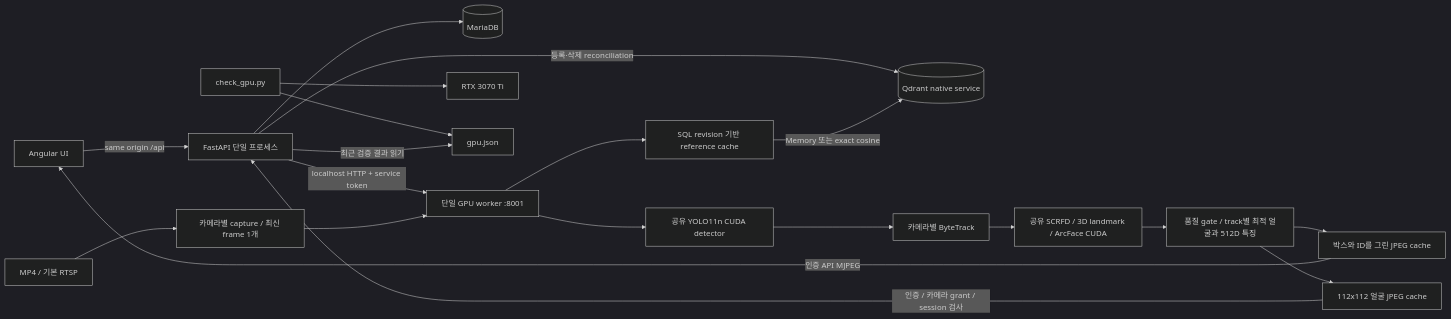
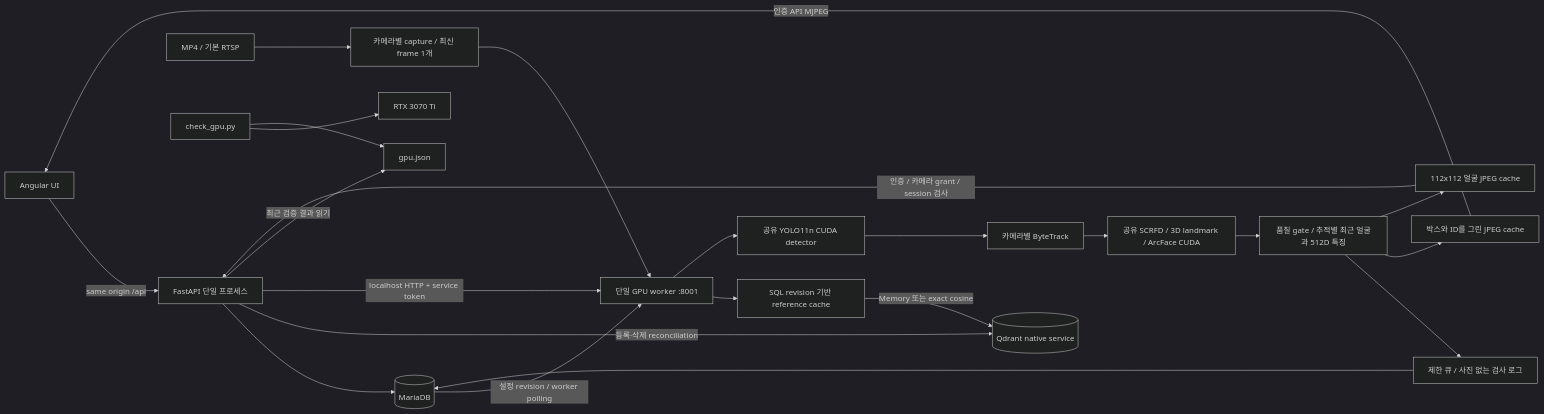
Before and after one commit to stackr/face-recognition: the first of 3 diagrams in docs/architecture.md, drawn with Mermaid (dark theme). The commit also changed other lines of this file and 40 other files, not shown here.

````diff
--- a/docs/architecture.md
+++ b/docs/architecture.md
@@ -7,22 +7,25 @@
 ```mermaid
 flowchart LR
     Browser[Angular UI] -->|same origin /api| API[FastAPI 단일 프로세스]
     API --> DB[(MariaDB)]
     API -->|등록·삭제 reconciliation| Q[(Qdrant native service)]
     Worker --> Gallery[SQL revision 기반 reference cache]
     Gallery -->|Memory 또는 exact cosine| Q
     API -->|localhost HTTP + service token| Worker[단일 GPU worker :8001]
     Sources[MP4 / 기본 RTSP] --> Capture[카메라별 capture / 최신 frame 1개]
     Capture --> Worker
     Worker --> YOLO[공유 YOLO11n CUDA detector]
     YOLO --> Tracker[카메라별 ByteTrack]
     Tracker --> Faces[공유 SCRFD / 3D landmark / ArcFace CUDA]
-    Faces --> Quality[품질 gate / track별 최적 얼굴과 512D 특징]
+    Faces --> Quality[품질 gate / 추적별 최근 얼굴과 512D 특징]
+    Quality --> Diagnostics[제한 큐 / 사진 없는 검사 로그]
+    Diagnostics --> DB
+    DB -->|설정 revision / worker polling| Worker
     Quality --> JPEG[박스와 ID를 그린 JPEG cache]
     Quality --> Thumbnail[112x112 얼굴 JPEG cache]
     Thumbnail -->|인증 / 카메라 grant / session 검사| API
     JPEG -->|인증 API MJPEG| Browser
     Check[check_gpu.py] --> GPU[RTX 3070 Ti]
     Check --> Report[gpu.json]
     API -->|최근 검증 결과 읽기| Report
 ```
````
